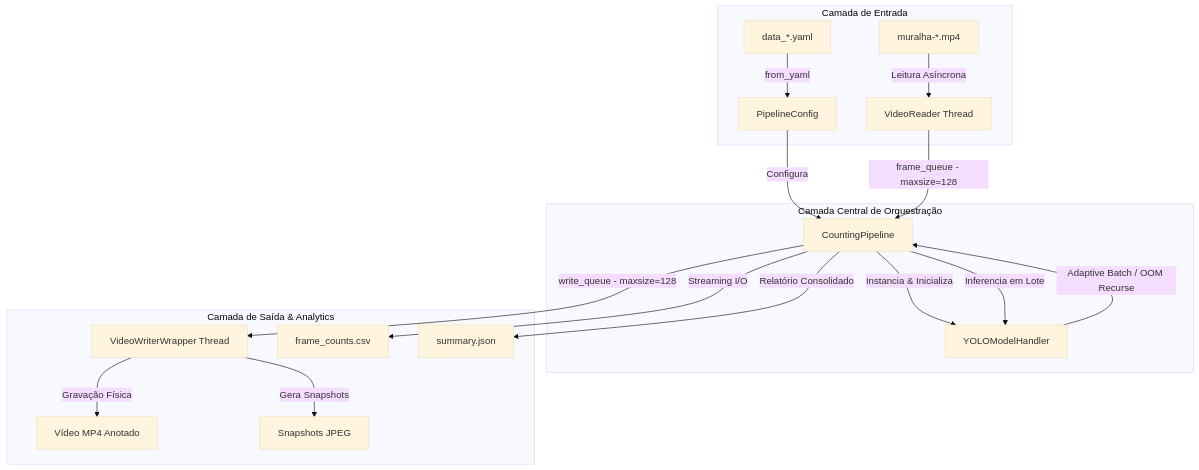
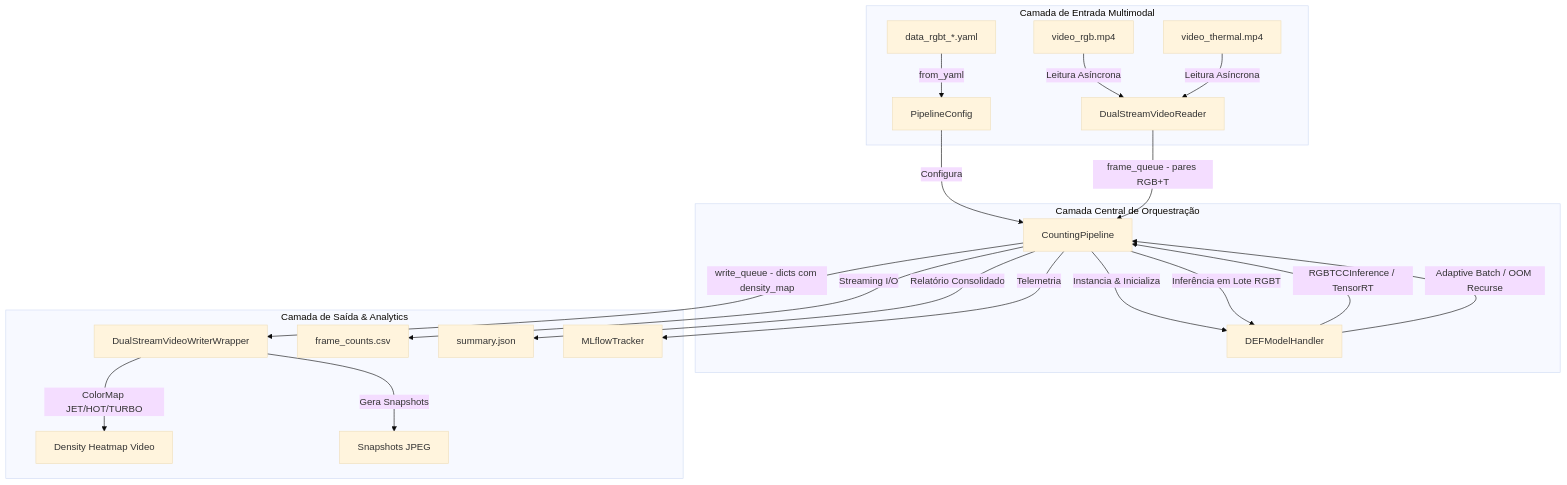
The diagram in count-github-def_rgbtcc/app/docs/TECHNICAL_GUIDE.md (patrickmcruz/contagem-de-pessoas-geral), drawn with Mermaid (base theme) before and after one commit. The commit also changed other lines of this file and 2 other files, not shown here.

Commit message:
docs(rgbt): complete phase 5 documentation, notebooks, and final validation

````diff
--- a/count-github-def_rgbtcc/app/docs/TECHNICAL_GUIDE.md
+++ b/count-github-def_rgbtcc/app/docs/TECHNICAL_GUIDE.md
@@ -17,23 +17,26 @@
 ```mermaid
 graph TD
-    subgraph Entrada [Camada de Entrada]
-        YAML[data_*.yaml] -->|from_yaml| Config[PipelineConfig]
-        VideoFile[muralha-*.mp4] -->|Leitura Asíncrona| Reader[VideoReader Thread]
+    subgraph Entrada [Camada de Entrada Multimodal]
+        YAML[data_rgbt_*.yaml] -->|from_yaml| Config[PipelineConfig]
+        RGBVideo[video_rgb.mp4] -->|Leitura Asíncrona| Reader[DualStreamVideoReader]
+        ThermalVideo[video_thermal.mp4] -->|Leitura Asíncrona| Reader
     end
 
     subgraph Core [Camada Central de Orquestração]
         Config -->|Configura| Pipe[CountingPipeline]
-        Pipe -->|Instancia & Inicializa| Model[YOLOModelHandler]
-        Reader -->|frame_queue - maxsize=128| Pipe
-        Pipe -->|Inferencia em Lote| Model
+        Pipe -->|Instancia & Inicializa| Model[DEFModelHandler]
+        Reader -->|frame_queue - pares RGB+T| Pipe
+        Pipe -->|Inferência em Lote RGBT| Model
+        Model -->|RGBTCCInference / TensorRT| Pipe
         Model -->|Adaptive Batch / OOM Recurse| Pipe
     end
 
     subgraph Saida [Camada de Saída & Analytics]
-        Pipe -->|write_queue - maxsize=128| Writer[VideoWriterWrapper Thread]
-        Writer -->|Gravação Física| OutVideo[Vídeo MP4 Anotado]
+        Pipe -->|write_queue - dicts com density_map| Writer[DualStreamVideoWriterWrapper]
+        Writer -->|ColorMap JET/HOT/TURBO| OutHeatmap[Density Heatmap Video]
         Writer -->|Gera Snapshots| OutSnap[Snapshots JPEG]
         Pipe -->|Streaming I/O| OutCSV[frame_counts.csv]
         Pipe -->|Relatório Consolidado| OutJSON[summary.json]
+        Pipe -->|Telemetria| MLflow[MLflowTracker]
     end
 ```
````
